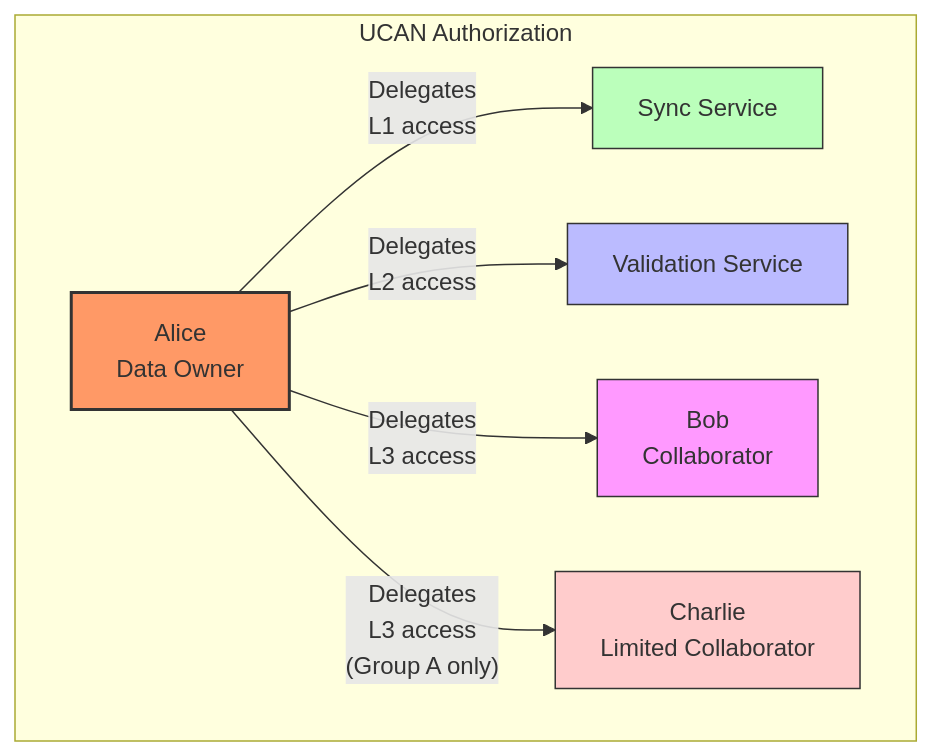
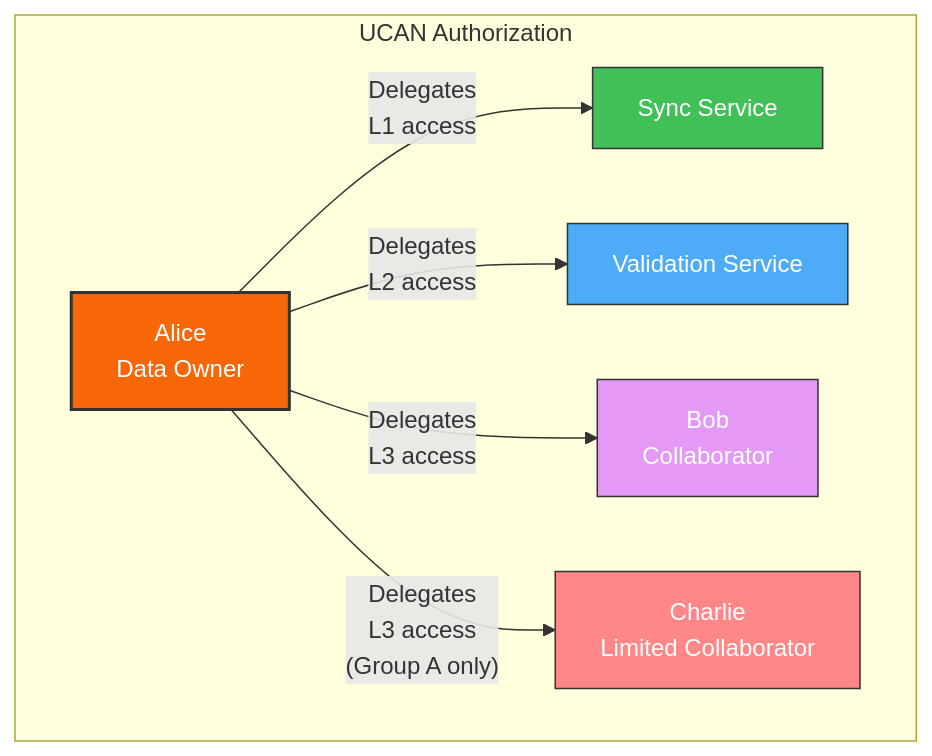
One commit to dialog-db/dialog-db changed the second of 7 diagrams in notes/privacy.md. Above: the diagram before and after it, drawn with Mermaid. The commit also changed other lines of this file, not shown here.

````diff
--- a/notes/privacy.md
+++ b/notes/privacy.md
@@ -83,15 +83,15 @@
 ```mermaid
 flowchart TD
     subgraph "UCAN Authorization"
         Alice["Alice<br/>Data Owner"] -->|"Delegates<br/>L1 access"| SyncService["Sync Service"]
         Alice -->|"Delegates<br/>L2 access"| ValidationService["Validation Service"]
         Alice -->|"Delegates<br/>L3 access"| Bob["Bob<br/>Collaborator"]
         Alice -->|"Delegates<br/>L3 access<br/>(Group A only)"| Charlie["Charlie<br/>Limited Collaborator"]
     end
     
-    style Alice fill:#f96,stroke:#333,stroke-width:2px
-    style SyncService fill:#bfb,stroke:#333,stroke-width:1px
-    style ValidationService fill:#bbf,stroke:#333,stroke-width:1px
-    style Bob fill:#f9f,stroke:#333,stroke-width:1px
-    style Charlie fill:#fcc,stroke:#333,stroke-width:1px
+    style Alice fill:#F76707,stroke:#333,stroke-width:2px,color:#FFFFFF
+    style SyncService fill:#40C057,stroke:#333,stroke-width:1px,color:#FFFFFF
+    style ValidationService fill:#4DABF7,stroke:#333,stroke-width:1px,color:#FFFFFF
+    style Bob fill:#E599F7,stroke:#333,stroke-width:1px,color:#FFFFFF
+    style Charlie fill:#FF8787,stroke:#333,stroke-width:1px,color:#FFFFFF
 ```
````
